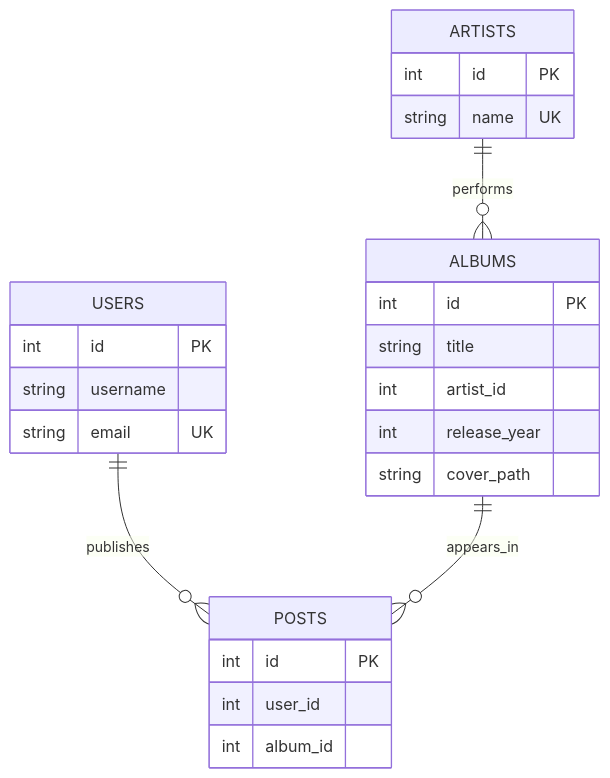
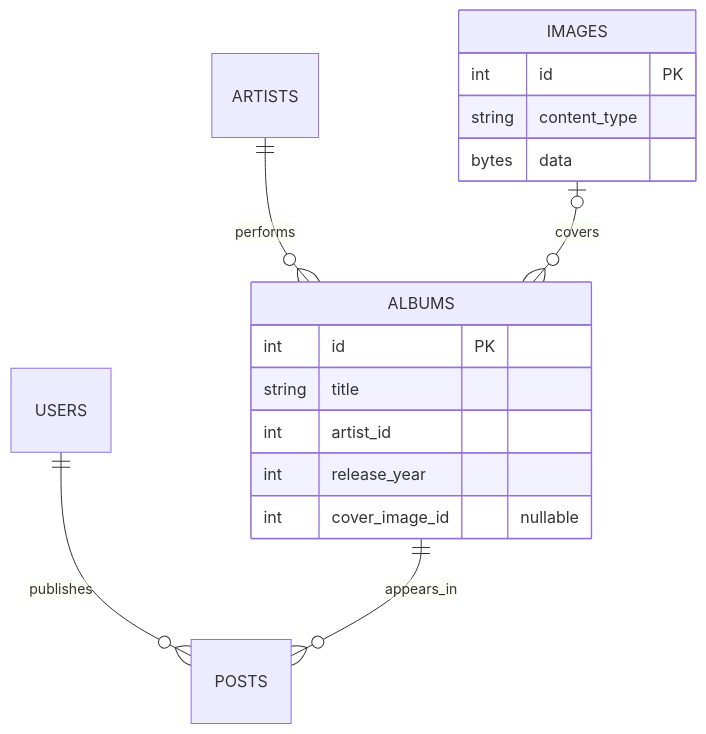
The diagram in Domain and identity.md (BautistaPessagno/PAW_Vault), drawn with Mermaid before and after one commit. The commit also changed other lines of this file and 87 other files, not shown here.

````diff
--- a/Domain and identity.md
+++ b/Domain and identity.md
@@ -18,27 +18,19 @@
 ```mermaid
 erDiagram
     USERS ||--o{ POSTS : publishes
     ARTISTS ||--o{ ALBUMS : performs
     ALBUMS ||--o{ POSTS : appears_in
-    USERS {
-        int id PK
-        string username
-        string email UK
-    }
-    ARTISTS {
-        int id PK
-        string name UK
-    }
+    IMAGES o|--o{ ALBUMS : covers
     ALBUMS {
         int id PK
         string title
         int artist_id
         int release_year
-        string cover_path
+        int cover_image_id "nullable"
     }
-    POSTS {
+    IMAGES {
         int id PK
-        int user_id
-        int album_id
+        string content_type
+        bytes data
     }
 ```
````
